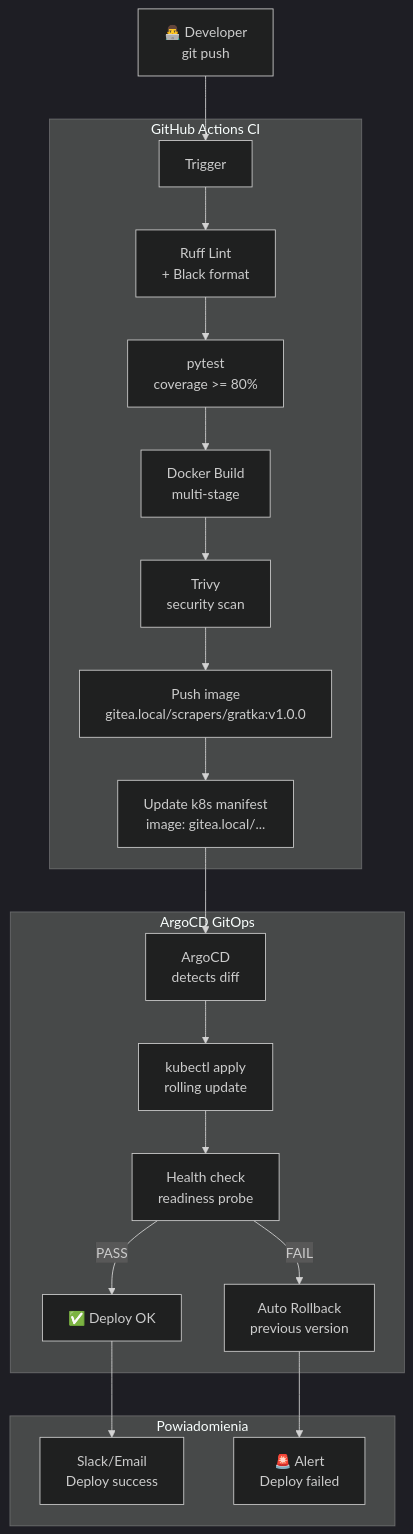
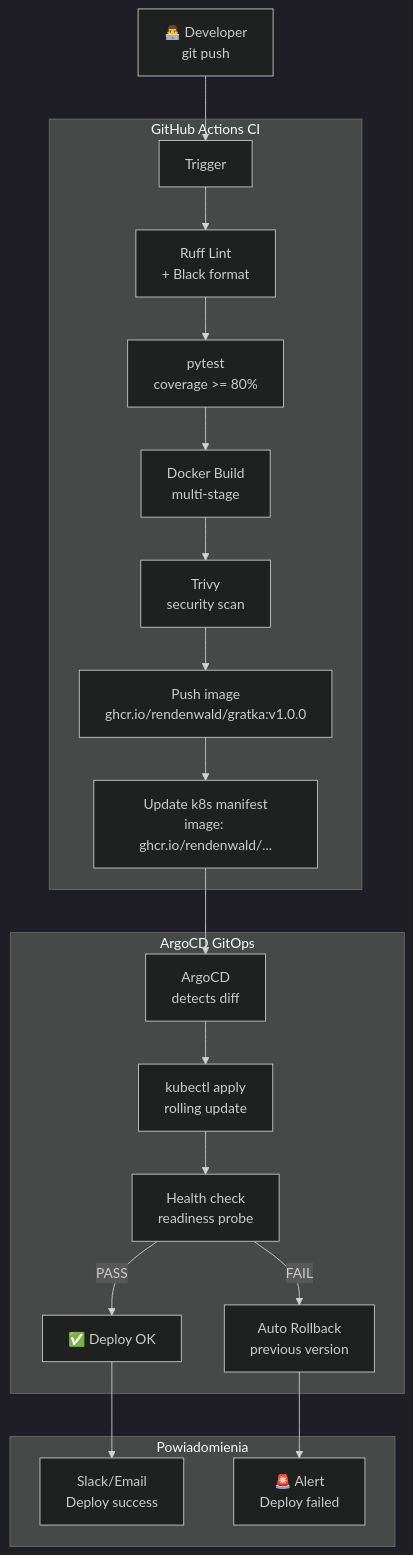
The seventh of 11 diagrams in specs/docs/specification.md (rendenwald/nieruchomosci-ados), drawn with Mermaid (dark theme) before and after one commit. The commit also changed other lines of this file and 13 other files, not shown here.

First line of the commit message:
docs: replace Gitea references with GHCR (GitHub Container Registry)

````diff
--- a/specs/docs/specification.md
+++ b/specs/docs/specification.md
@@ -835,26 +835,26 @@
 ```mermaid
 flowchart TD
     DEV[👨‍💻 Developer<br/>git push] --> GH
 
     subgraph CI["GitHub Actions CI"]
         GH[Trigger] --> LINT[Ruff Lint<br/>+ Black format]
         LINT --> TEST[pytest<br/>coverage >= 80%]
         TEST --> BUILD[Docker Build<br/>multi-stage]
         BUILD --> SCAN[Trivy<br/>security scan]
-        SCAN --> PUSH[Push image<br/>gitea.local/scrapers/gratka:v1.0.0]
-        PUSH --> MANIFEST[Update k8s manifest<br/>image: gitea.local/...]
+        SCAN --> PUSH[Push image<br/>ghcr.io/rendenwald/gratka:v1.0.0]
+        PUSH --> MANIFEST[Update k8s manifest<br/>image: ghcr.io/rendenwald/...]
     end
 
     subgraph GITOPS["ArgoCD GitOps"]
         MANIFEST --> ARGOCD[ArgoCD<br/>detects diff]
         ARGOCD --> SYNC[kubectl apply<br/>rolling update]
         SYNC --> HEALTH[Health check<br/>readiness probe]
         HEALTH -->|FAIL| ROLLBACK[Auto Rollback<br/>previous version]
         HEALTH -->|PASS| DONE[✅ Deploy OK]
     end
 
     subgraph NOTIFY["Powiadomienia"]
         DONE --> SLACK[Slack/Email<br/>Deploy success]
         ROLLBACK --> ALERT_ADMIN[🚨 Alert<br/>Deploy failed]
     end
 ```
````
